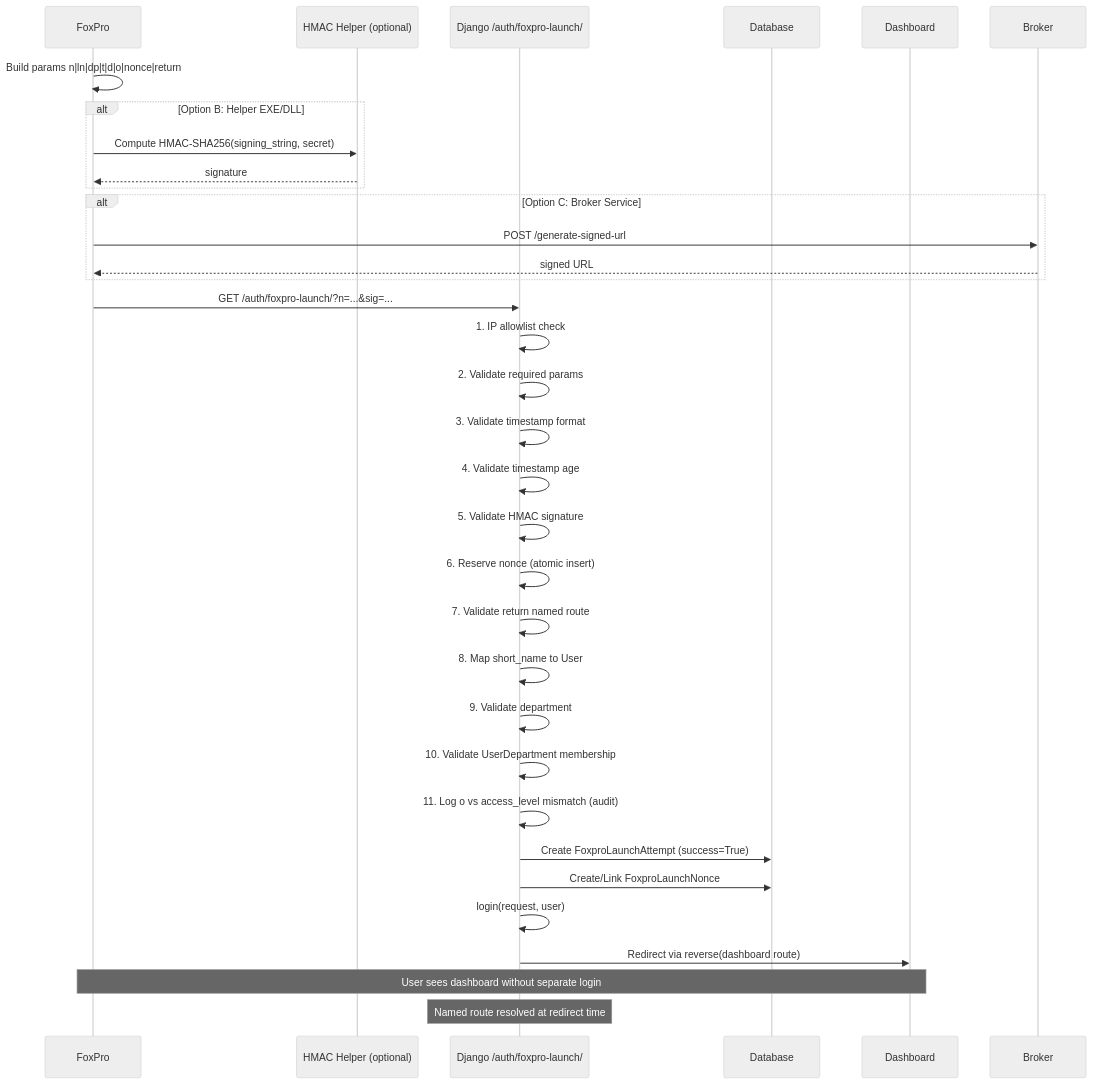
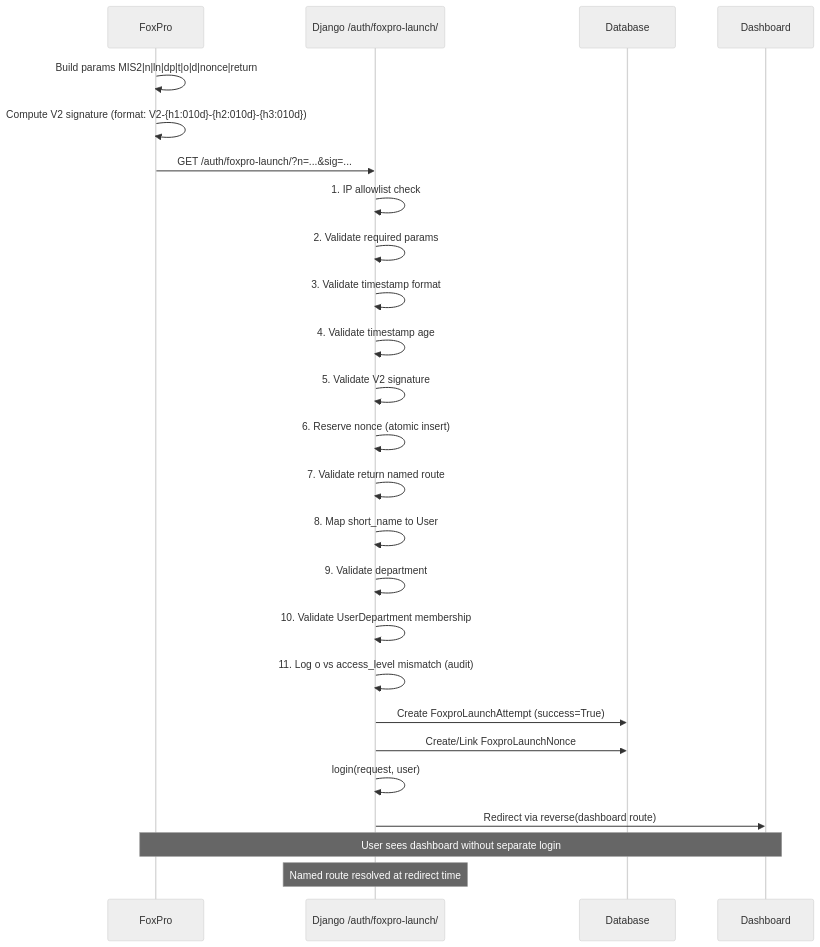
The diagram in documents/FOXPRO_AUTH_PLAN.md (zlw1987/mis_project), drawn with Mermaid (neutral theme) before and after one commit. The commit also changed other lines of this file and 11 other files, not shown here.

````diff
--- a/documents/FOXPRO_AUTH_PLAN.md
+++ b/documents/FOXPRO_AUTH_PLAN.md
@@ -1159,40 +1190,32 @@
 ```mermaid
 sequenceDiagram
     participant FP as FoxPro
-    participant Helper as HMAC Helper (optional)
     participant DJ as Django /auth/foxpro-launch/
     participant DB as Database
     participant Dash as Dashboard
 
-    FP->>FP: Build params n|ln|dp|t|d|o|nonce|return
-    alt Option B: Helper EXE/DLL
-        FP->>Helper: Compute HMAC-SHA256(signing_string, secret)
-        Helper-->>FP: signature
-    end
-    alt Option C: Broker Service
-        FP->>Broker: POST /generate-signed-url
-        Broker-->>FP: signed URL
-    end
+    FP->>FP: Build params MIS2|n|ln|dp|t|o|d|nonce|return
+    FP->>FP: Compute V2 signature (format: V2-{h1:010d}-{h2:010d}-{h3:010d})
     
     FP->>DJ: GET /auth/foxpro-launch/?n=...&sig=...
     
     DJ->>DJ: 1. IP allowlist check
     DJ->>DJ: 2. Validate required params
     DJ->>DJ: 3. Validate timestamp format
     DJ->>DJ: 4. Validate timestamp age
-    DJ->>DJ: 5. Validate HMAC signature
+    DJ->>DJ: 5. Validate V2 signature
     DJ->>DJ: 6. Reserve nonce (atomic insert)
     DJ->>DJ: 7. Validate return named route
     DJ->>DJ: 8. Map short_name to User
     DJ->>DJ: 9. Validate department
     DJ->>DJ: 10. Validate UserDepartment membership
     DJ->>DJ: 11. Log o vs access_level mismatch (audit)
     
     DJ->>DB: Create FoxproLaunchAttempt (success=True)
     DJ->>DB: Create/Link FoxproLaunchNonce
     DJ->>DJ: login(request, user)
     DJ->>Dash: Redirect via reverse(dashboard route)
     
     Note over FP,Dash: User sees dashboard without separate login
     Note over DJ: Named route resolved at redirect time
 ```
````
